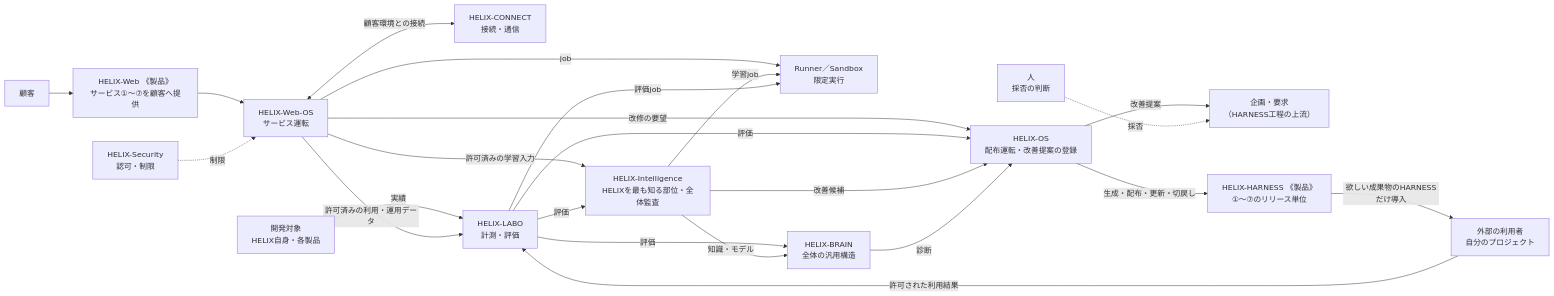
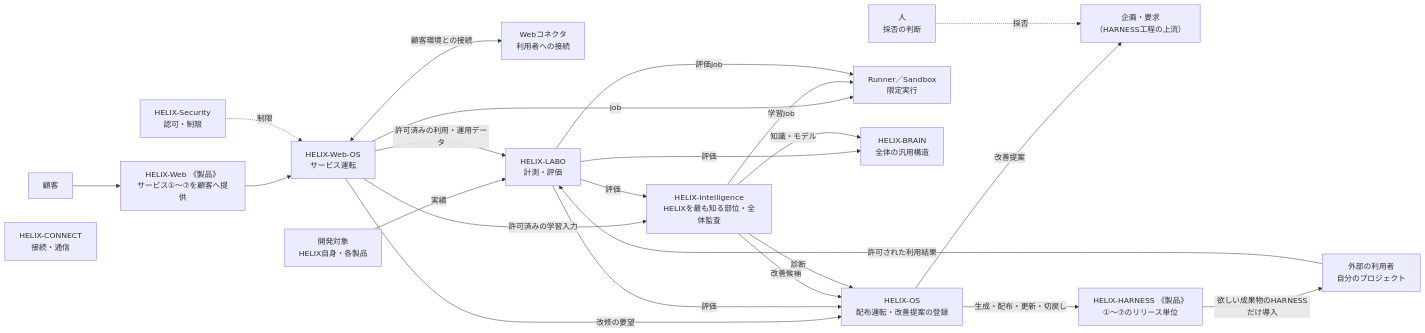
The third of 3 diagrams in docs/concept/helix-concept.md (RetryYN/HELIX-HARNESS), drawn with Mermaid before and after one commit. The commit also changed other lines of this file and 150 other files, not shown here.

````diff
--- a/docs/concept/helix-concept.md
+++ b/docs/concept/helix-concept.md
@@ -160,41 +165,42 @@
 ```mermaid
 flowchart LR
     REQ2["企画・要求<br/>（HARNESS工程の上流）"]
     Human["人<br/>採否の判断"]
     Targets["開発対象<br/>HELIX自身・各製品"]
     PKG["HELIX-HARNESS 《製品》<br/>①〜⑦のリリース単位"]
     ExtUser["外部の利用者<br/>自分のプロジェクト"]
     Customer["顧客"]
     WEB["HELIX-Web 《製品》<br/>サービス①〜⑦を顧客へ提供"]
     WEBOS["HELIX-Web-OS<br/>サービス運転"]
+    WEBCONN["Webコネクタ<br/>利用者への接続"]
     CONNECT["HELIX-CONNECT<br/>接続・通信"]
     RUNNER["Runner／Sandbox<br/>限定実行"]
     LABO["HELIX-LABO<br/>計測・評価"]
     INT["HELIX-Intelligence<br/>HELIXを最も知る部位・全体監査"]
     BRAIN["HELIX-BRAIN<br/>全体の汎用構造"]
     OS["HELIX-OS<br/>配布運転・改善提案の登録"]
     SEC["HELIX-Security<br/>認可・制限"]
 
     OS -->|生成・配布・更新・切戻し| PKG
     PKG -->|欲しい成果物のHARNESSだけ導入| ExtUser
     ExtUser -->|許可された利用結果| LABO
     Customer --> WEB
     WEB --> WEBOS
-    WEBOS <-->|顧客環境との接続| CONNECT
+    WEBOS <-->|顧客環境との接続| WEBCONN
     WEBOS -->|job| RUNNER
     SEC -.->|制限| WEBOS
     Targets -->|実績| LABO
     WEBOS -->|許可済みの利用・運用データ| LABO
     WEBOS -->|許可済みの学習入力| INT
     WEBOS -->|改修の要望| OS
     LABO -->|評価| BRAIN
     LABO -->|評価| INT
     LABO -->|評価| OS
     INT -->|知識・モデル| BRAIN
     INT -->|改善候補| OS
     INT -->|学習job| RUNNER
     LABO -->|評価job| RUNNER
-    BRAIN -->|診断| OS
+    INT -->|診断| OS
     OS -->|改善提案| REQ2
     Human -.->|採否| REQ2
 ```
````
